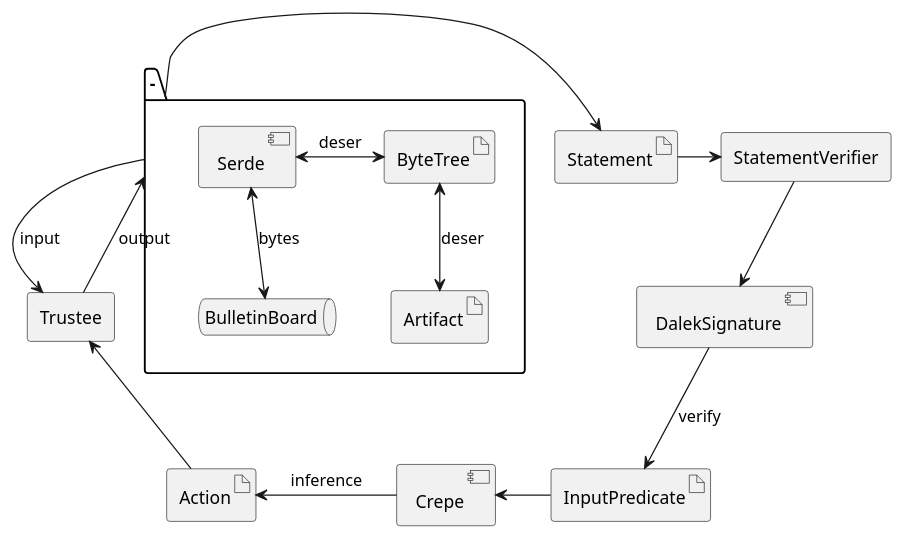
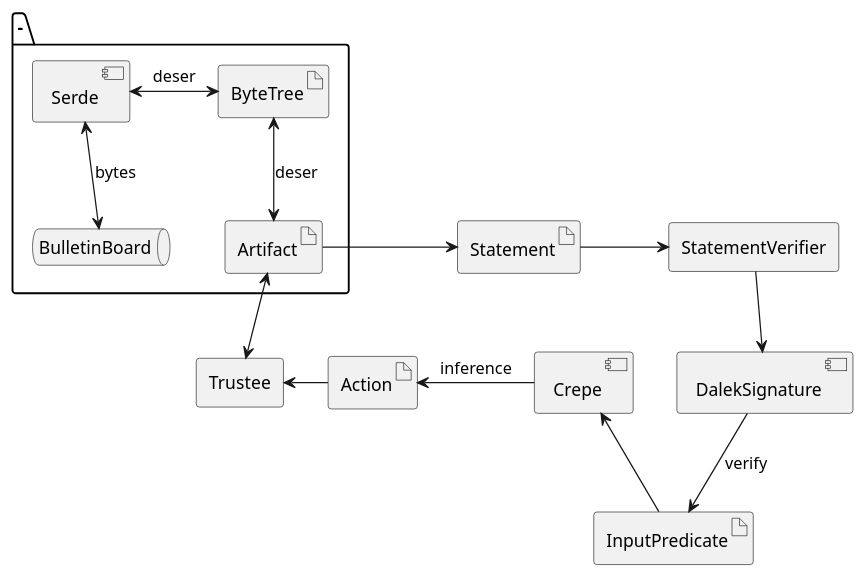
Before and after one commit to nvotes/rmx: the diagram in doc/diagrams/main_communication.puml, drawn with PlantUML.

Commit message:
main_communication

```diff
--- a/doc/diagrams/main_communication.puml
+++ b/doc/diagrams/main_communication.puml
@@ -1,34 +1,33 @@
 @startuml
 skinparam linestyle ortho
 package "-" as bbp {
     queue "BulletinBoard" as bb
     component "Serde" as serde
     artifact "ByteTree" as bt
     artifact "Artifact" as ar
 }
 
 component "DalekSignature" as sig
 component "Crepe" as cr
 artifact "Statement" as stmt
 artifact "InputPredicate" as ip
 artifact "Action" as act
 
 
 rectangle "StatementVerifier" as sv
 rectangle "Trustee" as tr
 
 
 bb <-up-> serde: bytes
 serde <-right-> bt: deser
 bt <-down-> ar: deser
-bbp -right-> stmt
-bbp -down-> tr: input
-stmt -right-> sv
+ar -> stmt
+ar <-down-> tr
+stmt -> sv
 sv -down-> sig
 sig -down-> ip: verify
 ip -left-> cr
 cr -left-> act: inference
 act -left-> tr
-tr -down-> bbp: output
 
 @enduml
```
